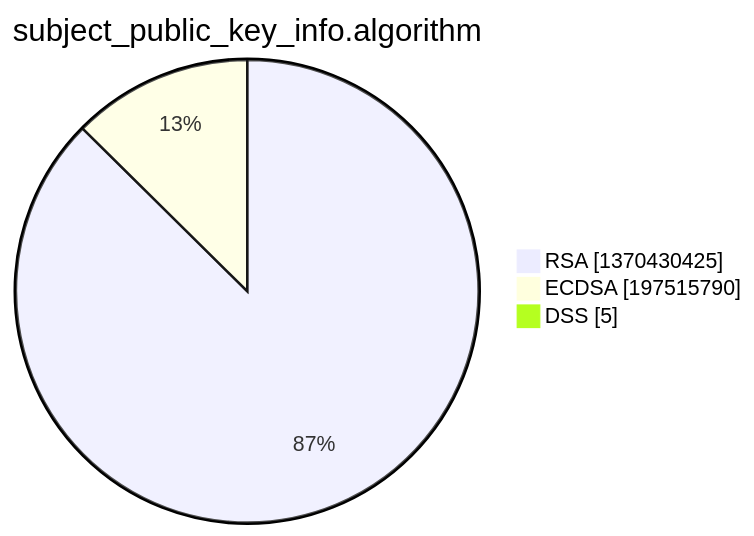
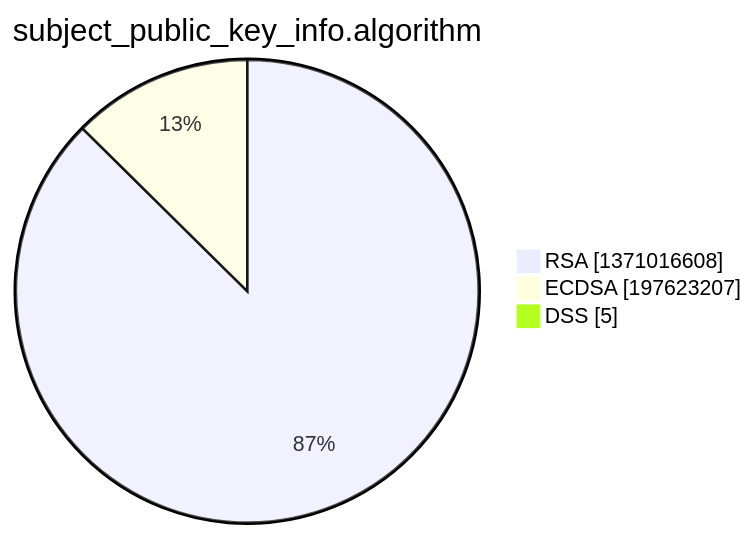
The third of 15 diagrams in xenon2022/README.md (christiankrug/ctmonitor_visualization), drawn with Mermaid before and after one commit. The commit also changed other lines of this file, not shown here.

````diff
--- a/xenon2022/README.md
+++ b/xenon2022/README.md
@@ -14,7 +14,7 @@
 ```mermaid
 pie showData
 title subject_public_key_info.algorithm
-"RSA" :1370430425
-"ECDSA" :197515790
+"RSA" :1371016608
+"ECDSA" :197623207
 "DSS" :5
 ```
````
